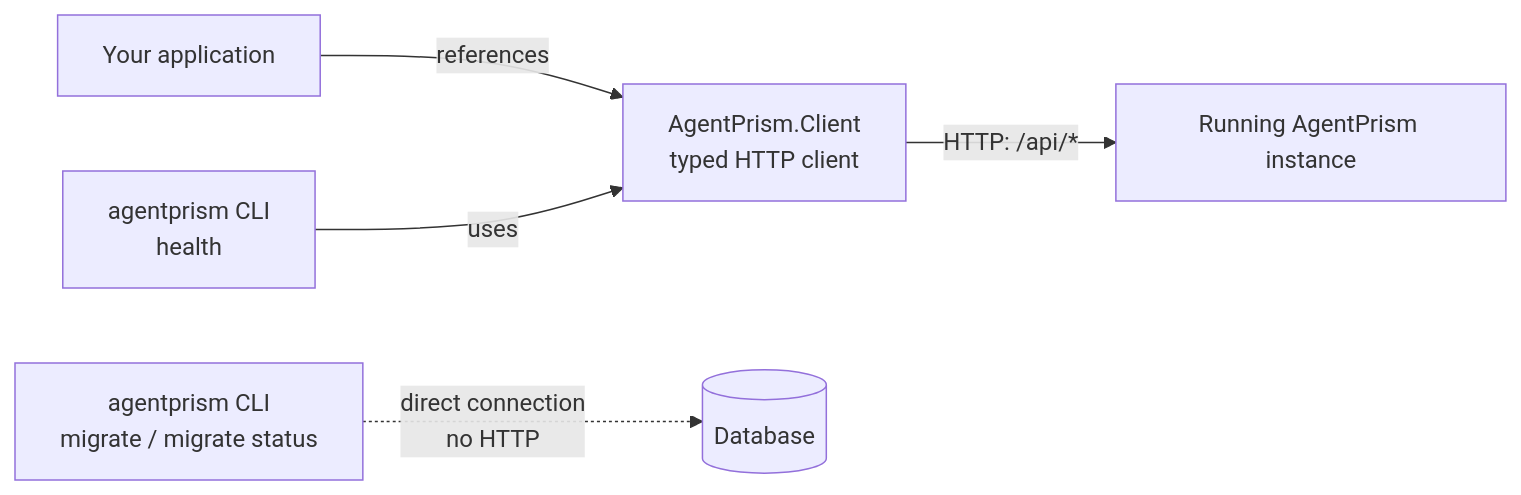
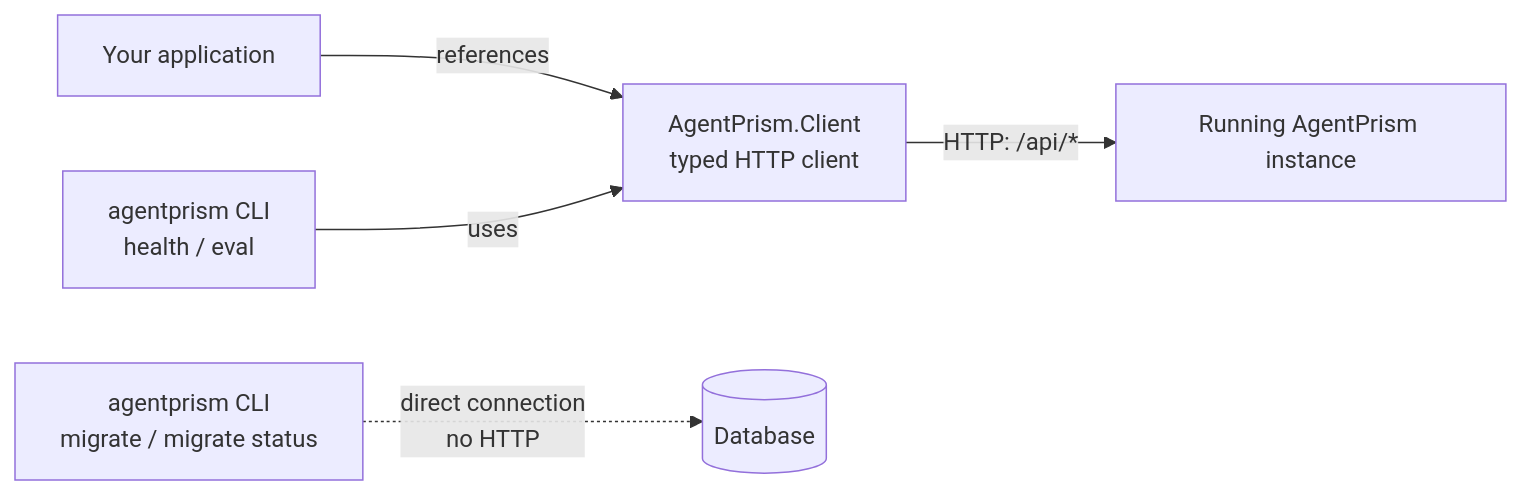
The diagram in docs-site/src/content/docs/guides/cli.md (farukatasoy/Tracon), drawn with Mermaid before and after one commit. The commit also changed other lines of this file and 24 other files, not shown here.

````diff
--- a/docs-site/src/content/docs/guides/cli.md
+++ b/docs-site/src/content/docs/guides/cli.md
@@ -10,9 +10,9 @@
 ```mermaid
 flowchart LR
     accTitle: Two ways to reach a running AgentPrism instance
     accDescr: A separate application references AgentPrism.Client directly over HTTP. The agentprism CLI wraps that same client for its health command, and talks to the database directly for migrate, because the application has not started yet at that point.
     APP["Your application"] -->|"references"| CLIENT["AgentPrism.Client<br/>typed HTTP client"]
     CLIENT -->|"HTTP: /api/*"| SERVER["Running AgentPrism instance"]
-    CLI["agentprism CLI<br/>health"] -->|"uses"| CLIENT
+    CLI["agentprism CLI<br/>health / eval"] -->|"uses"| CLIENT
     CLI2["agentprism CLI<br/>migrate / migrate status"] -.->|"direct connection<br/>no HTTP"| DB[("Database")]
 ```
````
